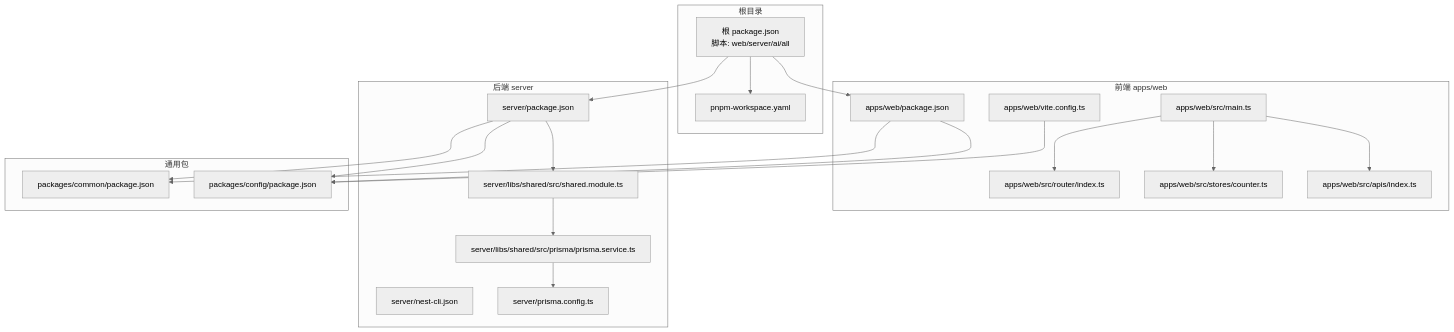
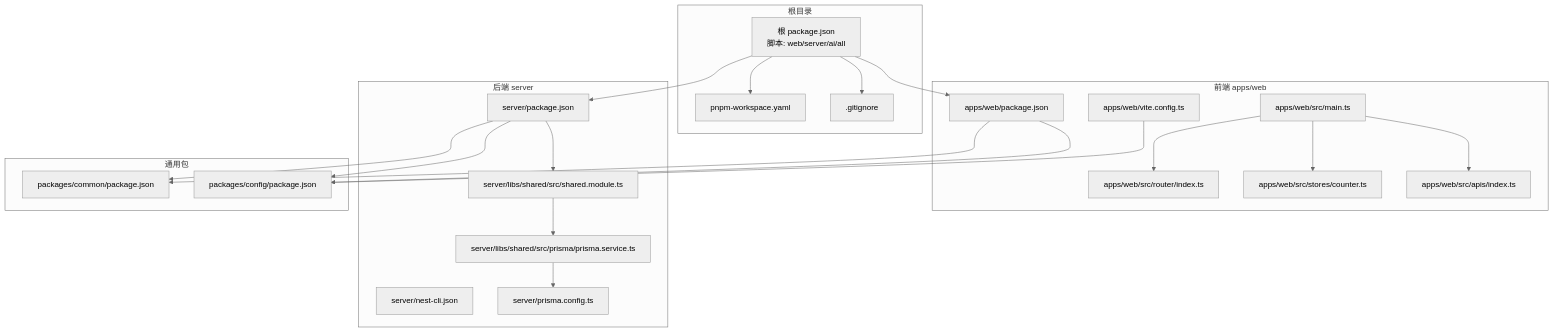
The first of 5 diagrams in .qoder/repowiki/zh/content/开发指南/开发指南.md (LihaoZDB/English-Study), drawn with Mermaid (neutral theme) before and after one commit. The commit also changed other lines of this file and 6 other files, not shown here.

````diff
--- a/.qoder/repowiki/zh/content/开发指南/开发指南.md
+++ b/.qoder/repowiki/zh/content/开发指南/开发指南.md
@@ -54,40 +55,42 @@
 ```mermaid
 graph TB
 subgraph "根目录"
 ROOT_PKG["根 package.json<br/>脚本: web/server/ai/all"]
 WS["pnpm-workspace.yaml"]
+GITIGNORE[".gitignore"]
 end
 subgraph "前端 apps/web"
 WEB_PKG["apps/web/package.json"]
 VITE["apps/web/vite.config.ts"]
 MAIN["apps/web/src/main.ts"]
 ROUTER["apps/web/src/router/index.ts"]
 STORE["apps/web/src/stores/counter.ts"]
 API["apps/web/src/apis/index.ts"]
 end
 subgraph "后端 server"
 SERVER_PKG["server/package.json"]
 NEST_CLI["server/nest-cli.json"]
 SHARED["server/libs/shared/src/shared.module.ts"]
 PRISMA_SVC["server/libs/shared/src/prisma/prisma.service.ts"]
 PRISMA_CFG["server/prisma.config.ts"]
 end
 subgraph "通用包"
 COMMON["packages/common/package.json"]
 CONFIG["packages/config/package.json"]
 end
 ROOT_PKG --> WS
+ROOT_PKG --> GITIGNORE
 ROOT_PKG --> WEB_PKG
 ROOT_PKG --> SERVER_PKG
 WEB_PKG --> COMMON
 WEB_PKG --> CONFIG
 SERVER_PKG --> COMMON
 SERVER_PKG --> CONFIG
 SERVER_PKG --> SHARED
 SHARED --> PRISMA_SVC
 PRISMA_SVC --> PRISMA_CFG
 MAIN --> ROUTER
 MAIN --> STORE
 MAIN --> API
 VITE --> CONFIG
 ```
````
